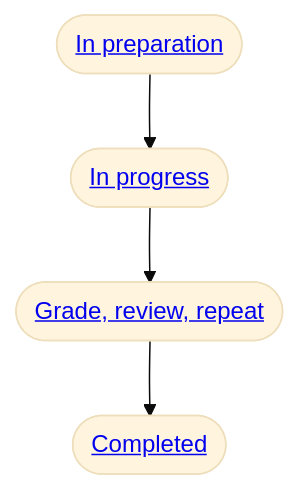
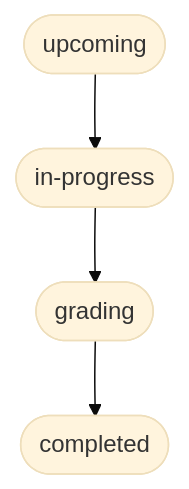
One commit to fs-ise/handbook changed the diagram in teaching/course_overview.qmd. Above: the diagram before and after it, drawn with Mermaid (base theme). The commit also changed other lines of this file and 1 other file, not shown here.

````diff
--- a/teaching/course_overview.qmd
+++ b/teaching/course_overview.qmd
@@ -28,7 +36,7 @@
 ```{mermaid}
 flowchart
     direction LR
-    InPreparation(["<a href='#in-preparation'>In preparation</a>"]) --> InProgress(["<a href='#in-progress'>In progress</a>"])
-    InProgress --> GradeReviewRepeat(["<a href='#grade-review-repeat'>Grade, review, repeat</a>"])
-    GradeReviewRepeat --> Completed(["<a href='#completed'>Completed</a>"])
+    Upcoming(["upcoming"]) --> InProgress(["in-progress"])
+    InProgress --> Grade(["grading"])
+    Grade --> Completed(["completed"])
 ```
````
